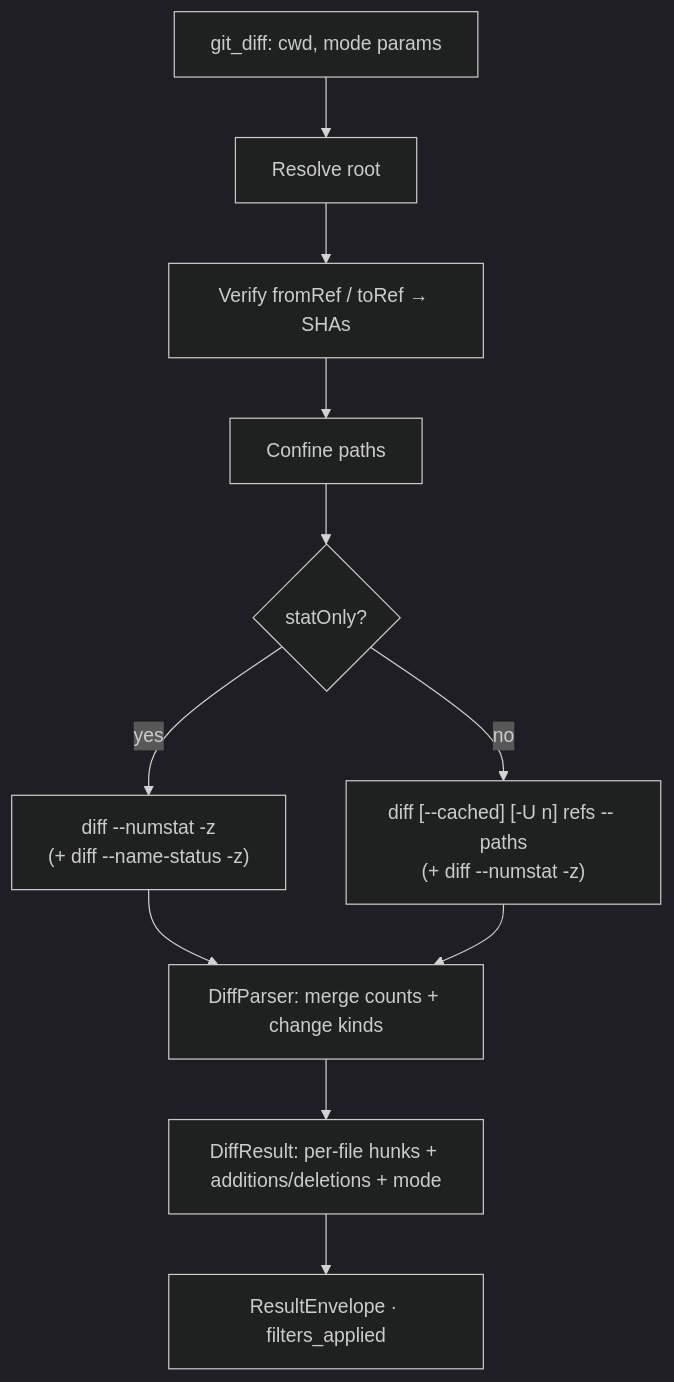
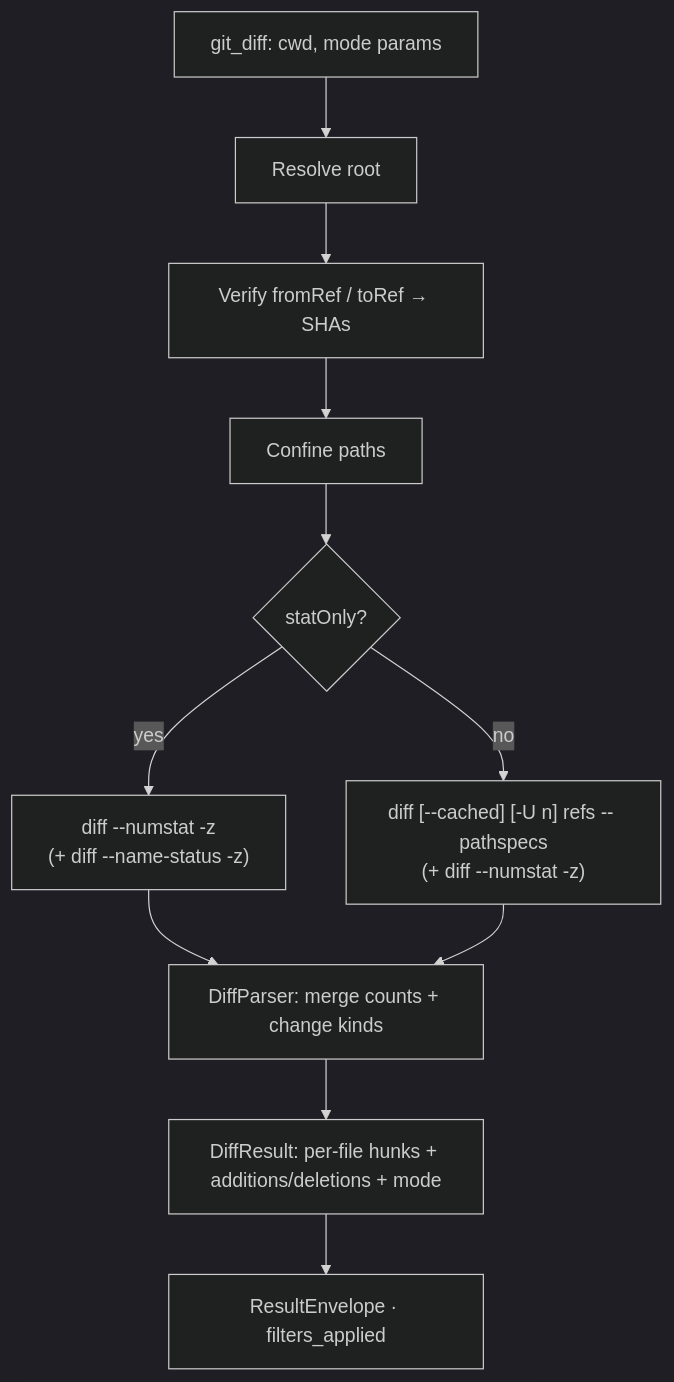
One commit to brenordv/mcp-toolset changed the third of 14 diagrams in src/RaccoonNinja.McpToolset.Server.GitOps/README.md. Above: the diagram before and after it, drawn with Mermaid (dark theme). The commit also changed other lines of this file and 22 other files, not shown here.

````diff
--- a/src/RaccoonNinja.McpToolset.Server.GitOps/README.md
+++ b/src/RaccoonNinja.McpToolset.Server.GitOps/README.md
@@ -133,13 +133,13 @@
 ```mermaid
 flowchart TD
     A[git_diff: cwd, mode params] --> B[Resolve root]
     B --> C[Verify fromRef / toRef → SHAs]
     C --> D[Confine paths]
     D --> E{statOnly?}
     E -- yes --> F["diff --numstat -z<br/>(+ diff --name-status -z)"]
-    E -- no --> G["diff [--cached] [-U n] refs -- paths<br/>(+ diff --numstat -z)"]
+    E -- no --> G["diff [--cached] [-U n] refs -- pathspecs<br/>(+ diff --numstat -z)"]
     F --> H[DiffParser: merge counts + change kinds]
     G --> H
     H --> I[DiffResult: per-file hunks + additions/deletions + mode]
     I --> J[ResultEnvelope · filters_applied]
 ```
````
